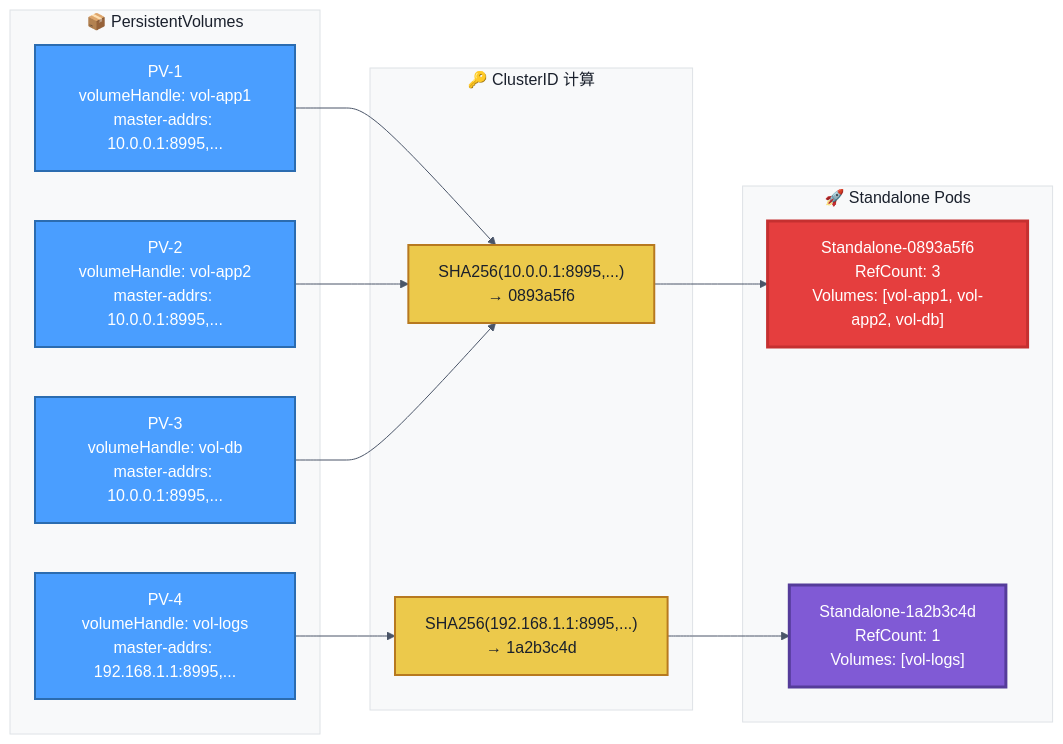
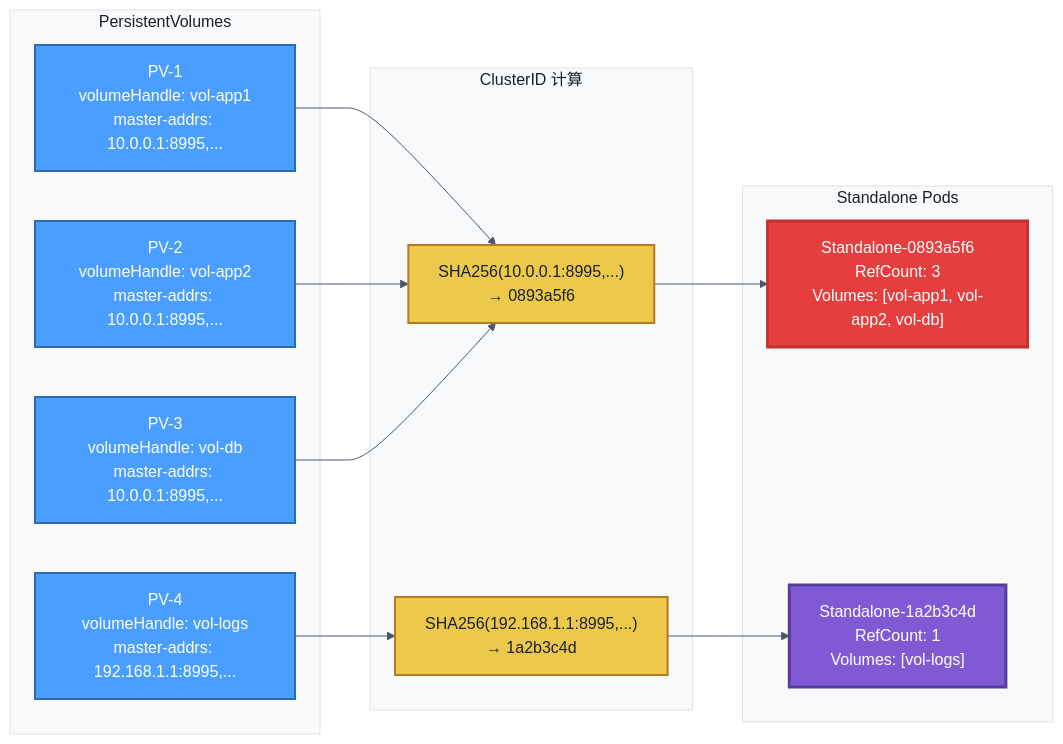
One commit to CurvineIO/curvine-doc changed the third of 3 diagrams in i18n/zh-cn/docusaurus-plugin-content-docs/current/3-User-Manuals/5-K8S-CSI-Driver/04-Framework.md. Above: the diagram before and after it, drawn with Mermaid. The commit also changed other lines of this file and 3 other files, not shown here.

````diff
--- a/i18n/zh-cn/docusaurus-plugin-content-docs/current/3-User-Manuals/5-K8S-CSI-Driver/04-Framework.md
+++ b/i18n/zh-cn/docusaurus-plugin-content-docs/current/3-User-Manuals/5-K8S-CSI-Driver/04-Framework.md
@@ -269,38 +271,38 @@
 ```mermaid
 %%{init: {'theme': 'base', 'themeVariables': { 'background': '#ffffff', 'primaryColor': '#4a9eff', 'primaryTextColor': '#1a202c', 'primaryBorderColor': '#3182ce', 'lineColor': '#4a5568', 'secondaryColor': '#805ad5', 'tertiaryColor': '#38a169', 'mainBkg': '#ffffff', 'nodeBorder': '#4a5568', 'clusterBkg': '#f8f9fa', 'clusterBorder': '#dee2e6', 'titleColor': '#1a202c'}}}%%
 flowchart LR
-    subgraph PVs["📦 PersistentVolumes"]
+    subgraph PVs["PersistentVolumes"]
         PV1["PV-1<br/>volumeHandle: vol-app1<br/>master-addrs: 10.0.0.1:8995,..."]
         PV2["PV-2<br/>volumeHandle: vol-app2<br/>master-addrs: 10.0.0.1:8995,..."]
         PV3["PV-3<br/>volumeHandle: vol-db<br/>master-addrs: 10.0.0.1:8995,..."]
         PV4["PV-4<br/>volumeHandle: vol-logs<br/>master-addrs: 192.168.1.1:8995,..."]
     end
     
-    subgraph ClusterID["🔑 ClusterID 计算"]
+    subgraph ClusterID["ClusterID 计算"]
         Hash1["SHA256(10.0.0.1:8995,...)<br/>→ 0893a5f6"]
         Hash2["SHA256(192.168.1.1:8995,...)<br/>→ 1a2b3c4d"]
     end
     
-    subgraph Standalone["🚀 Standalone Pods"]
+    subgraph Standalone["Standalone Pods"]
         SP1["Standalone-0893a5f6<br/>RefCount: 3<br/>Volumes: [vol-app1, vol-app2, vol-db]"]
         SP2["Standalone-1a2b3c4d<br/>RefCount: 1<br/>Volumes: [vol-logs]"]
     end
     
     PV1 --> Hash1
     PV2 --> Hash1
     PV3 --> Hash1
     PV4 --> Hash2
     
     Hash1 --> SP1
     Hash2 --> SP2
     
     classDef pvStyle fill:#4a9eff,stroke:#2b6cb0,color:#fff,stroke-width:2px
     classDef hashStyle fill:#ecc94b,stroke:#b7791f,color:#1a202c,stroke-width:2px
     classDef standaloneLightStyle fill:#805ad5,stroke:#553c9a,color:#fff,stroke-width:3px
     classDef standaloneHeavyStyle fill:#e53e3e,stroke:#c53030,color:#fff,stroke-width:3px
     
     class PV1,PV2,PV3,PV4 pvStyle
     class Hash1,Hash2 hashStyle
     class SP1 standaloneHeavyStyle
     class SP2 standaloneLightStyle
 ```
````
